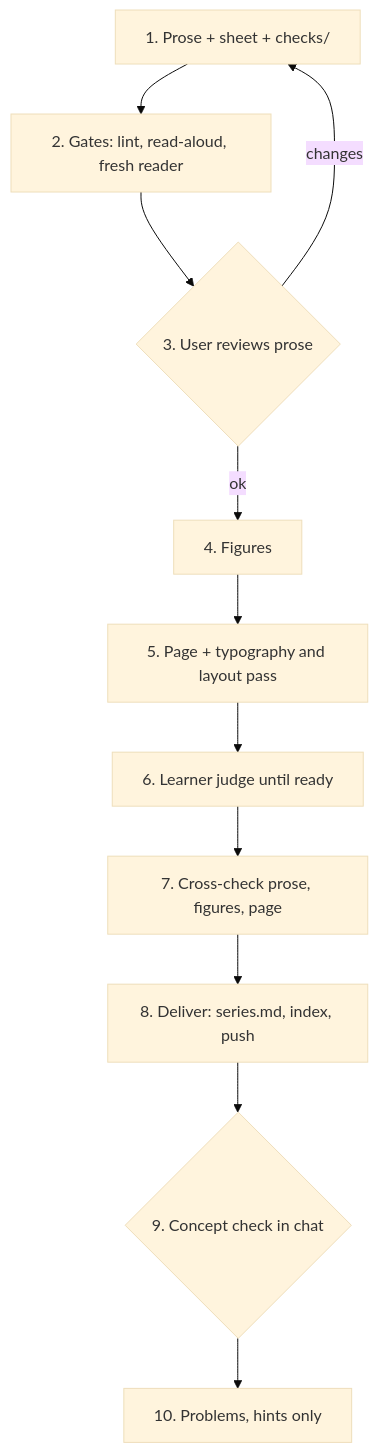
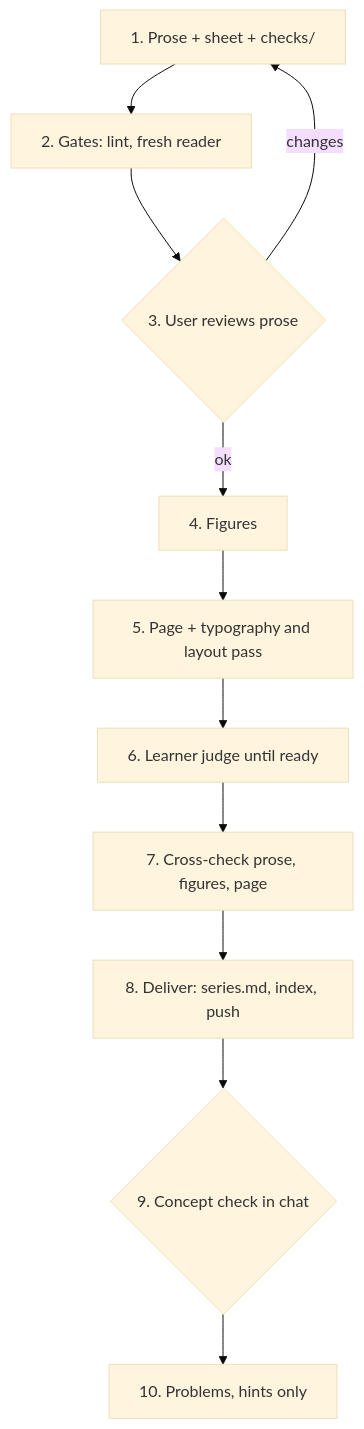
Before and after one commit to klaygomes/tla-lessons: the diagram in TASKS.md, drawn with Mermaid (base theme). The commit also changed other lines of this file, not shown here.

Commit message:
chore: TASKS says what waits on the learner

````diff
--- a/TASKS.md
+++ b/TASKS.md
@@ -29,13 +29,13 @@
 ```mermaid
 flowchart TD
-  P[1. Prose + sheet + checks/] --> G[2. Gates: lint, read-aloud, fresh reader]
+  P[1. Prose + sheet + checks/] --> G[2. Gates: lint, fresh reader]
   G --> R{3. User reviews prose}
   R -->|changes| P
   R -->|ok| F[4. Figures]
   F --> PG[5. Page + typography and layout pass]
   PG --> J[6. Learner judge until ready]
   J --> V[7. Cross-check prose, figures, page]
   V --> D[8. Deliver: series.md, index, push]
   D --> CC{9. Concept check in chat}
   CC --> X[10. Problems, hints only]
 ```
````
